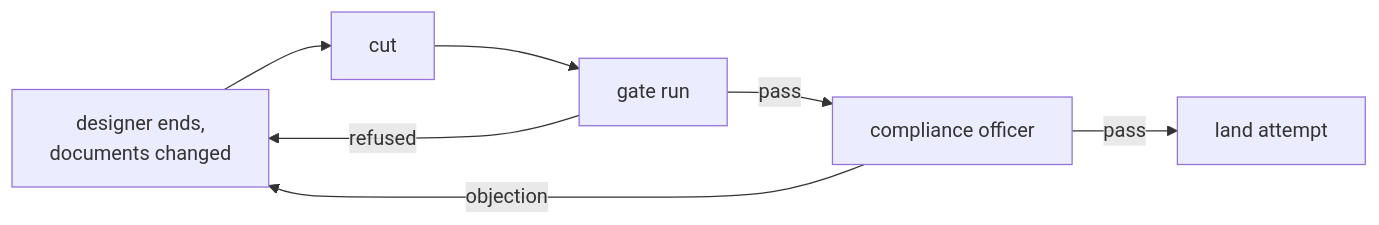
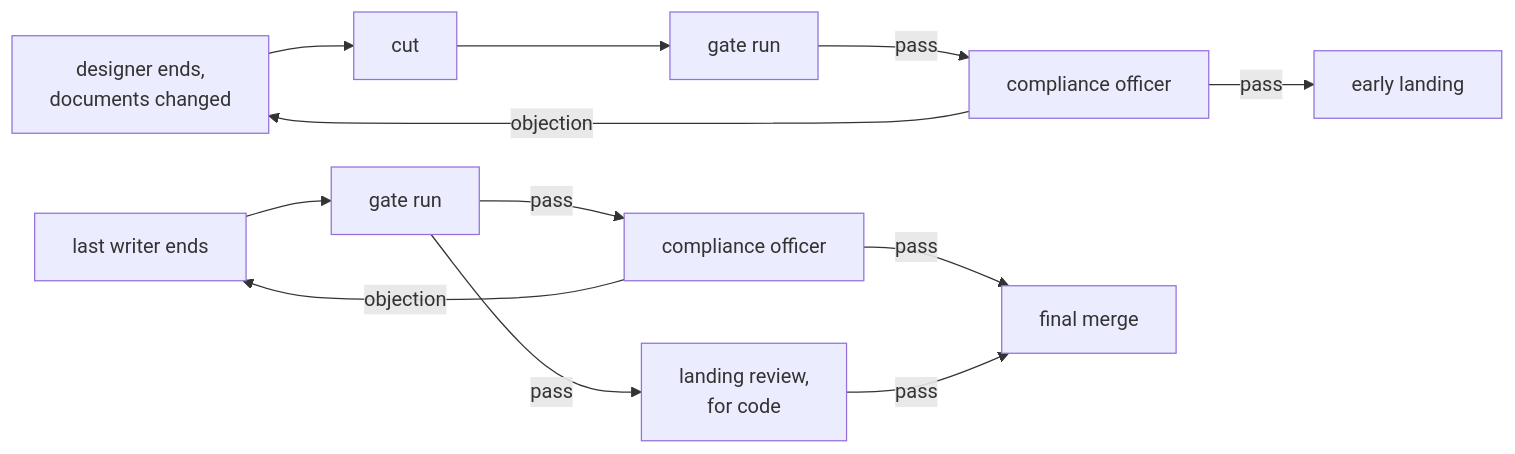
Before and after one commit to mschulkind-oss/tillr: the diagram in docs/design/tillr-design-document-check.md, drawn with Mermaid. The commit also changed other lines of this file and 3 other files, not shown here.

````diff
--- a/docs/design/tillr-design-document-check.md
+++ b/docs/design/tillr-design-document-check.md
@@ -291,9 +316,14 @@
 ```mermaid
 flowchart LR
     D[designer ends,<br/>documents changed] --> C[cut]
-    C --> G[gate run]
-    G -- refused --> D
-    G -- pass --> J[compliance officer]
-    J -- objection --> D
-    J -- pass --> L[land attempt]
+    C --> G1[gate run]
+    G1 -- pass --> O1[compliance officer]
+    O1 -- objection --> D
+    O1 -- pass --> L1[early landing]
+    W[last writer ends] --> G2[gate run]
+    G2 -- pass --> O2[compliance officer]
+    G2 -- pass --> R[landing review,<br/>for code]
+    O2 -- objection --> W
+    O2 -- pass --> L2[final merge]
+    R -- pass --> L2
 ```
````
